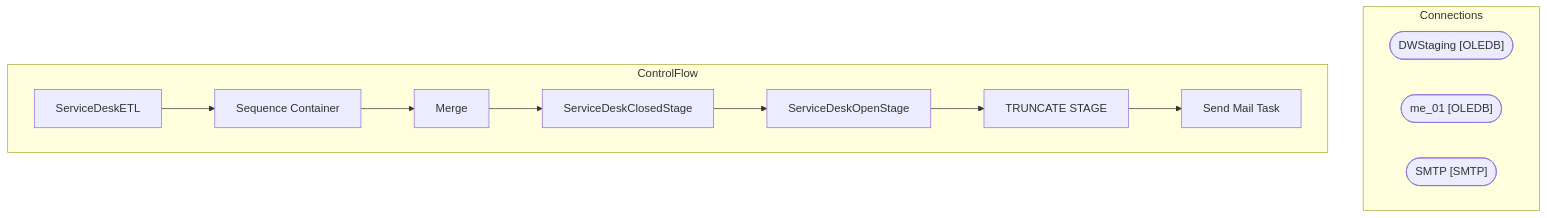
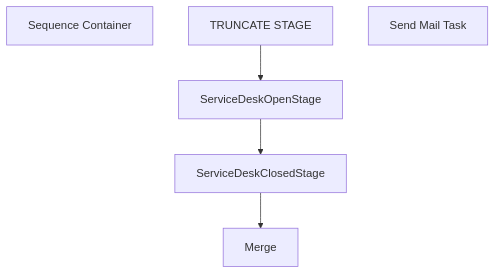
One commit to juanandresbrain/BABSkills changed the diagram in bab-docs-explorer/Documentation/STL-SSIS-P-01/SSIS/Azure/ServiceDeskETL.ServiceDeskETL.md. Above: the diagram before and after it, drawn with Mermaid. The commit also changed other lines of this file and 273 other files, not shown here.

````diff
--- a/bab-docs-explorer/Documentation/STL-SSIS-P-01/SSIS/Azure/ServiceDeskETL.ServiceDeskETL.md
+++ b/bab-docs-explorer/Documentation/STL-SSIS-P-01/SSIS/Azure/ServiceDeskETL.ServiceDeskETL.md
@@ -9,23 +40,12 @@
 ```mermaid
 flowchart TD
-    subgraph Connections
-        DWStaging_conn(["DWStaging [OLEDB]"])
-        me_01_conn(["me_01 [OLEDB]"])
-        SMTP_conn(["SMTP [SMTP]"])
-    end
-    subgraph ControlFlow
-        ServiceDeskETL_task["ServiceDeskETL"]
-        Sequence_Container_task["Sequence Container"]
-        ServiceDeskETL_task --> Sequence_Container_task
-        Merge_task["Merge"]
-        Sequence_Container_task --> Merge_task
-        ServiceDeskClosedStage_task["ServiceDeskClosedStage"]
-        Merge_task --> ServiceDeskClosedStage_task
-        ServiceDeskOpenStage_task["ServiceDeskOpenStage"]
-        ServiceDeskClosedStage_task --> ServiceDeskOpenStage_task
-        TRUNCATE_STAGE_task["TRUNCATE STAGE"]
-        ServiceDeskOpenStage_task --> TRUNCATE_STAGE_task
-        Send_Mail_Task_task["Send Mail Task"]
-        TRUNCATE_STAGE_task --> Send_Mail_Task_task
-    end
+    n_Package_Sequence_Container["Sequence Container"]
+    n_Package_Sequence_Container_Merge["Merge"]
+    n_Package_Sequence_Container_ServiceDeskClosedStage["ServiceDeskClosedStage"]
+    n_Package_Sequence_Container_ServiceDeskOpenStage["ServiceDeskOpenStage"]
+    n_Package_Sequence_Container_TRUNCATE_STAGE["TRUNCATE STAGE"]
+    n_Package_EventHandlers_OnError__Send_Mail_Task["Send Mail Task"]
+    n_Package_Sequence_Container_TRUNCATE_STAGE --> n_Package_Sequence_Container_ServiceDeskOpenStage
+    n_Package_Sequence_Container_ServiceDeskOpenStage --> n_Package_Sequence_Container_ServiceDeskClosedStage
+    n_Package_Sequence_Container_ServiceDeskClosedStage --> n_Package_Sequence_Container_Merge
 ```
````
